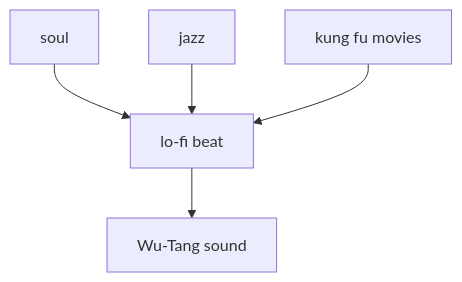
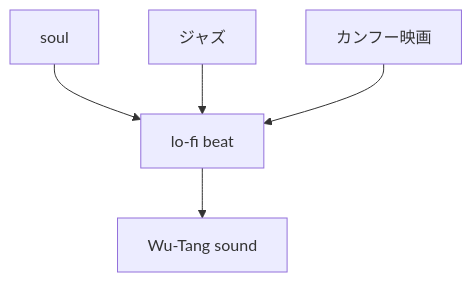
Before and after one commit to monumental-movement/monumental-movement.github.io: the fourth of 10 diagrams in en/_posts/2026-07-02-column-influential-album-04.md, drawn with Mermaid. The commit also changed other lines of this file and 2196 other files, not shown here.

```diff
--- a/en/_posts/2026-07-02-column-influential-album-04.md
+++ b/en/_posts/2026-07-02-column-influential-album-04.md
@@ -426,14 +426,14 @@
 <div class="mermaid">
 flowchart TD
 A[soul]
-B[jazz]
-C[kung fu movies]
+B[ジャズ]
+C[カンフー映画]
 D[lo-fi beat]
 E[Wu-Tang sound]
 
 A --> D
 B --> D
 C --> D
 D --> E
 
 </div>
```
